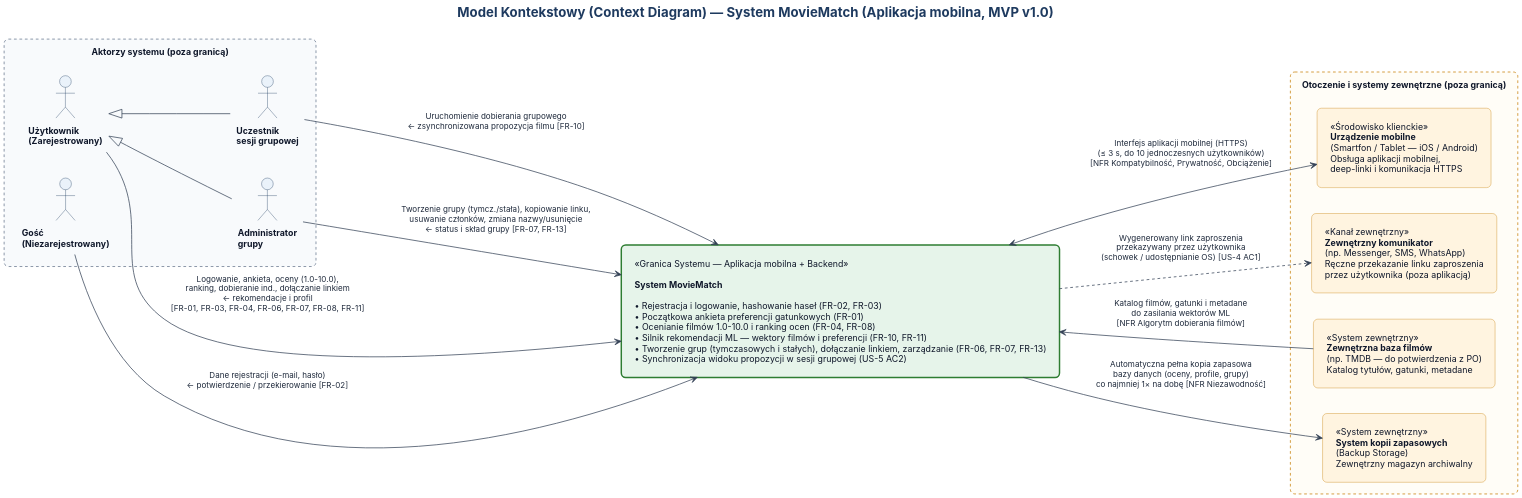
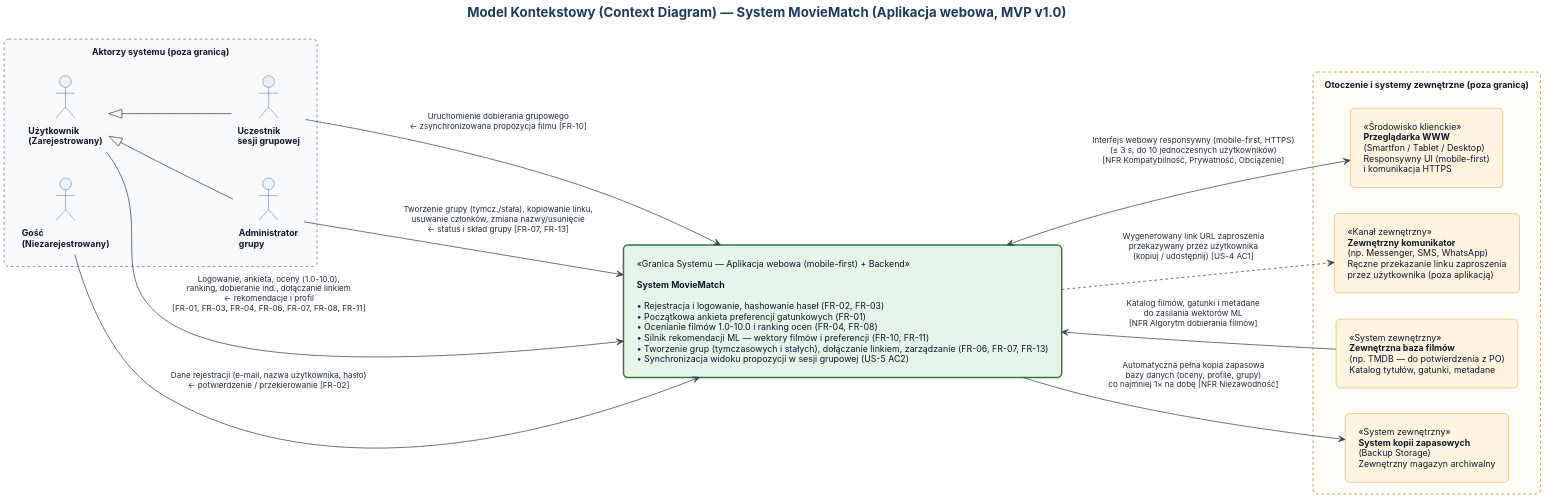
Before and after one commit to SzymonK328190/laboratorium7_uml_moviematch: the diagram in puml/01_context_diagram.puml, drawn with PlantUML. The commit also changed 15 other files, not shown here.

```diff
--- a/puml/01_context_diagram.puml
+++ b/puml/01_context_diagram.puml
@@ -1,81 +1,79 @@
 @startuml 01_context_diagram
 skinparam dpi 180
 skinparam shadowing false
 skinparam defaultFontName "Inter"
 skinparam defaultFontSize 12
 skinparam roundcorner 12
 skinparam nodesep 35
 skinparam ranksep 65
 skinparam padding 8
 
 skinparam titleFontSize 18
 skinparam titleFontColor #1E3A5F
-skinparam footerFontSize 10
-skinparam footerFontColor #64748B
 
 skinparam actor {
   BackgroundColor #EAF2FA
   BorderColor #1E3A5F
   FontColor #0F172A
   FontStyle bold
 }
 
 skinparam rectangle {
   BorderColor #1E3A5F
   FontColor #0F172A
 }
 
 skinparam arrow {
   Color #334155
   FontColor #1E293B
   FontSize 11
 }
 
-title Model Kontekstowy (Context Diagram) — System MovieMatch (Aplikacja mobilna, MVP v1.0)
+title Model Kontekstowy (Context Diagram) — System MovieMatch (Aplikacja webowa, MVP v1.0)
 
 left to right direction
 
 ' ==================== AKTORZY (POZA GRANICĄ SYSTEMU) ====================
 rectangle "Aktorzy systemu (poza granicą)" as ActorsPkg #F8FAFC;line:64748B;line.dashed {
   actor "Gość\n(Niezarejestrowany)" as Guest
   actor "Użytkownik\n(Zarejestrowany)" as User
   actor "Uczestnik\nsesji grupowej" as Participant
   actor "Administrator\ngrupy" as Admin
 
   Participant -u-|> User
   Admin -u-|> User
 }
 
 ' ==================== GRANICA SYSTEMU ====================
-rectangle "«Granica Systemu — Aplikacja mobilna + Backend»\n\n<b>System MovieMatch</b>\n\n• Rejestracja i logowanie, hashowanie haseł (FR-02, FR-03)\n• Początkowa ankieta preferencji gatunkowych (FR-01)\n• Ocenianie filmów 1.0–10.0 i ranking ocen (FR-04, FR-08)\n• Silnik rekomendacji ML — wektory filmów i preferencji (FR-10, FR-11)\n• Tworzenie grup (tymczasowych i stałych), dołączanie linkiem, zarządzanie (FR-06, FR-07, FR-13)\n• Synchronizacja widoku propozycji w sesji grupowej (US-5 AC2)" as MovieMatch #E6F4EA;line:2E7D32;line.bold
+rectangle "«Granica Systemu — Aplikacja webowa (mobile-first) + Backend»\n\n<b>System MovieMatch</b>\n\n• Rejestracja i logowanie, hashowanie haseł (FR-02, FR-03)\n• Początkowa ankieta preferencji gatunkowych (FR-01)\n• Ocenianie filmów 1.0–10.0 i ranking ocen (FR-04, FR-08)\n• Silnik rekomendacji ML — wektory filmów i preferencji (FR-10, FR-11)\n• Tworzenie grup (tymczasowych i stałych), dołączanie linkiem, zarządzanie (FR-06, FR-07, FR-13)\n• Synchronizacja widoku propozycji w sesji grupowej (US-5 AC2)" as MovieMatch #E6F4EA;line:2E7D32;line.bold
 
 ' ==================== SYSTEMY ZEWNĘTRZNE I OTOCZENIE ====================
 rectangle "Otoczenie i systemy zewnętrzne (poza granicą)" as ExtPkg #FFFDF7;line:C67C00;line.dashed {
-  rectangle "«Środowisko klienckie»\n<b>Urządzenie mobilne</b>\n(Smartfon / Tablet — iOS / Android)\nObsługa aplikacji mobilnej,\ndeep-linki i komunikacja HTTPS" as MobileOS #FFF4E0;line:C67C00
+  rectangle "«Środowisko klienckie»\n<b>Przeglądarka WWW</b>\n(Smartfon / Tablet / Desktop)\nResponsywny UI (mobile-first)\ni komunikacja HTTPS" as Browser #FFF4E0;line:C67C00
 
   rectangle "«Kanał zewnętrzny»\n<b>Zewnętrzny komunikator</b>\n(np. Messenger, SMS, WhatsApp)\nRęczne przekazanie linku zaproszenia\nprzez użytkownika (poza aplikacją)" as Messenger #FFF4E0;line:C67C00
 
   rectangle "«System zewnętrzny»\n<b>Zewnętrzna baza filmów</b>\n(np. TMDB — do potwierdzenia z PO)\nKatalog tytułów, gatunki, metadane" as MovieDB #FFF4E0;line:C67C00
 
   rectangle "«System zewnętrzny»\n<b>System kopii zapasowych</b>\n(Backup Storage)\nZewnętrzny magazyn archiwalny" as BackupSvc #FFF4E0;line:C67C00
 }
 
 ' ==================== RELACJE AKTORZY <-> SYSTEM ====================
-Guest --> MovieMatch : Dane rejestracji (e-mail, hasło)\n← potwierdzenie / przekierowanie [FR-02]
+Guest --> MovieMatch : Dane rejestracji (e-mail, nazwa użytkownika, hasło)\n← potwierdzenie / przekierowanie [FR-02]
 
 User --> MovieMatch : Logowanie, ankieta, oceny (1.0–10.0),\nranking, dobieranie ind., dołączanie linkiem\n← rekomendacje i profil\n[FR-01, FR-03, FR-04, FR-06, FR-07, FR-08, FR-11]
 
 Participant --> MovieMatch : Uruchomienie dobierania grupowego\n← zsynchronizowana propozycja filmu [FR-10]
 
 Admin --> MovieMatch : Tworzenie grupy (tymcz./stała), kopiowanie linku,\nusuwanie członków, zmiana nazwy/usunięcie\n← status i skład grupy [FR-07, FR-13]
 
 ' ==================== RELACJE SYSTEM <-> OTOCZENIE ====================
-MovieMatch <--> MobileOS : Interfejs aplikacji mobilnej (HTTPS)\n(≤ 3 s, do 10 jednoczesnych użytkowników)\n[NFR Kompatybilność, Prywatność, Obciążenie]
+MovieMatch <--> Browser : Interfejs webowy responsywny (mobile-first, HTTPS)\n(≤ 3 s, do 10 jednoczesnych użytkowników)\n[NFR Kompatybilność, Prywatność, Obciążenie]
 
-MovieMatch ..> Messenger : Wygenerowany link zaproszenia\nprzekazywany przez użytkownika\n(schowek / udostępnianie OS) [US-4 AC1]
+MovieMatch ..> Messenger : Wygenerowany link URL zaproszenia\nprzekazywany przez użytkownika\n(kopiuj / udostępnij) [US-4 AC1]
 
 MovieMatch <-- MovieDB : Katalog filmów, gatunki i metadane\ndo zasilania wektorów ML\n[NFR Algorytm dobierania filmów]
 
 MovieMatch --> BackupSvc : Automatyczna pełna kopia zapasowa\nbazy danych (oceny, profile, grupy)\nco najmniej 1× na dobę [NFR Niezawodność]
 
 @enduml
```
